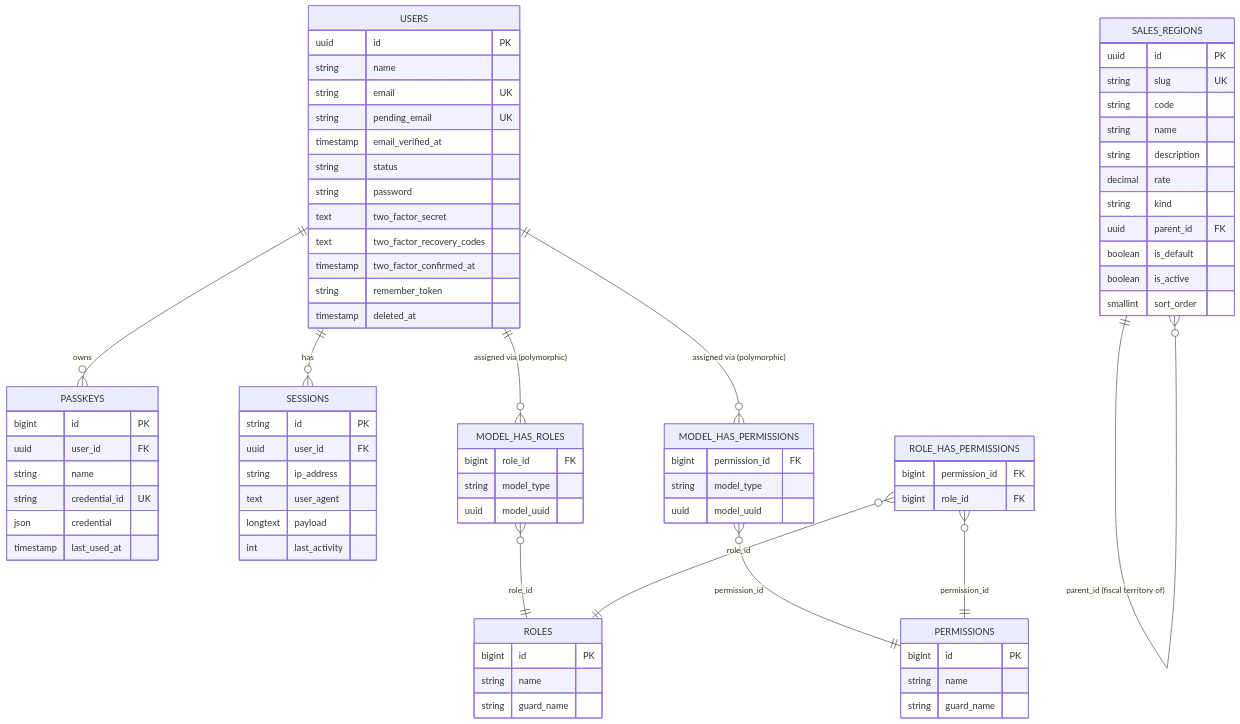
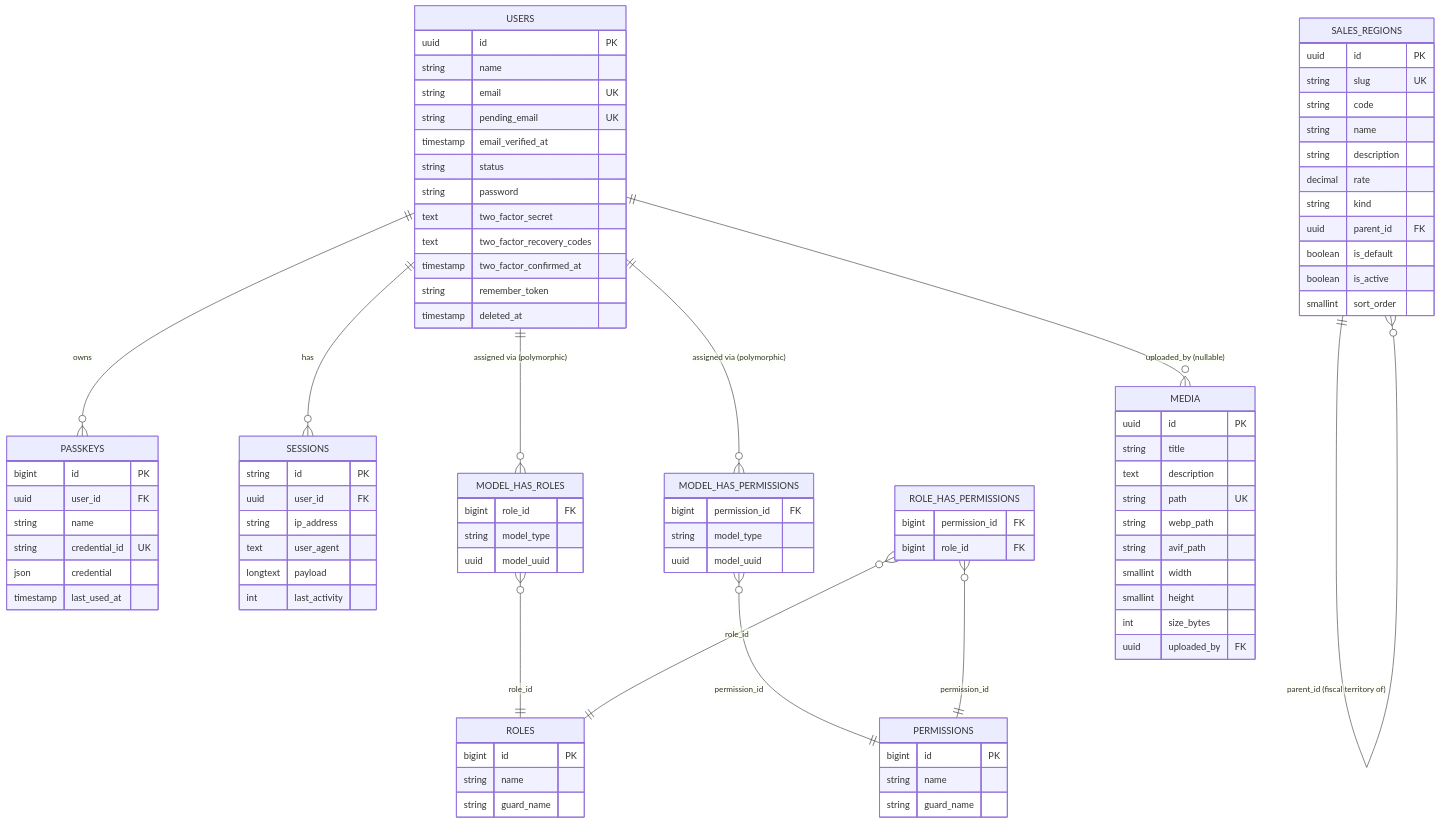
One commit to LIDR-academy/AI4Devs-finalproject changed the diagram in arospe/docs/database/schema.md. Above: the diagram before and after it, drawn with Mermaid. The commit also changed other lines of this file and 15 other files, not shown here.

````diff
--- a/arospe/docs/database/schema.md
+++ b/arospe/docs/database/schema.md
@@ -22,6 +22,7 @@
     ROLE_HAS_PERMISSIONS }o--|| ROLES : role_id
     ROLE_HAS_PERMISSIONS }o--|| PERMISSIONS : permission_id
     SALES_REGIONS ||--o{ SALES_REGIONS : "parent_id (fiscal territory of)"
+    USERS ||--o{ MEDIA : "uploaded_by (nullable)"
 
     USERS {
         uuid id PK
@@ -90,4 +91,16 @@
         boolean is_active
         smallint sort_order
     }
+    MEDIA {
+        uuid id PK
+        string title
+        text description
+        string path UK
+        string webp_path
+        string avif_path
+        smallint width
+        smallint height
+        int size_bytes
+        uuid uploaded_by FK
+    }
 ```
````
